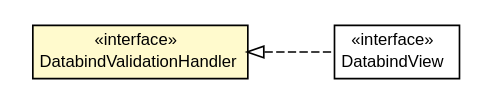
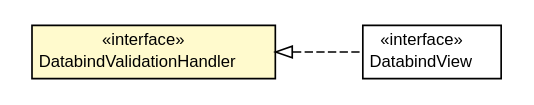
The diagram in javadoc/apidocs/org/turbogwt/mvp/databind/client/DatabindValidationHandler.dot (growbit/turbogwt-databind), drawn with Graphviz before and after one commit. The commit also changed 144 other files, not shown here.

```diff
--- a/javadoc/apidocs/org/turbogwt/mvp/databind/client/DatabindValidationHandler.dot
+++ b/javadoc/apidocs/org/turbogwt/mvp/databind/client/DatabindValidationHandler.dot
@@ -1,29 +1,29 @@
 #!/usr/local/bin/dot
 #
 # Class diagram 
 # Generated by UMLGraph version R5_6-24-gf6e263 (http://www.umlgraph.org/)
 #
 
 digraph G {
-	edge [fontname="arial",fontsize=10,labelfontname="arial",labelfontsize=10];
-	node [fontname="arial",fontsize=10,shape=plaintext];
+	edge [fontname="Helvetica",fontsize=10,labelfontname="Helvetica",labelfontsize=10];
+	node [fontname="Helvetica",fontsize=10,shape=plaintext];
 	nodesep=0.25;
 	ranksep=0.5;
 	rankdir=LR;
+	// org.turbogwt.mvp.databind.client.DatabindValidationHandler
+	c357 [label=<<table title="org.turbogwt.mvp.databind.client.DatabindValidationHandler" border="0" cellborder="1" cellspacing="0" cellpadding="2" port="p" bgcolor="lemonChiffon" href="./DatabindValidationHandler.html">
+		<tr><td><table border="0" cellspacing="0" cellpadding="1">
+<tr><td align="center" balign="center"> &#171;interface&#187; </td></tr>
+<tr><td align="center" balign="center"> DatabindValidationHandler </td></tr>
+		</table></td></tr>
+		</table>>, URL="./DatabindValidationHandler.html", fontname="Helvetica", fontcolor="black", fontsize=10.0];
 	// org.turbogwt.mvp.databind.client.DatabindView
-	c361 [label=<<table title="org.turbogwt.mvp.databind.client.DatabindView" border="0" cellborder="1" cellspacing="0" cellpadding="2" port="p" href="./DatabindView.html">
+	c360 [label=<<table title="org.turbogwt.mvp.databind.client.DatabindView" border="0" cellborder="1" cellspacing="0" cellpadding="2" port="p" href="./DatabindView.html">
 		<tr><td><table border="0" cellspacing="0" cellpadding="1">
 <tr><td align="center" balign="center"> &#171;interface&#187; </td></tr>
 <tr><td align="center" balign="center"> DatabindView </td></tr>
 		</table></td></tr>
-		</table>>, URL="./DatabindView.html", fontname="arial", fontcolor="black", fontsize=10.0];
-	// org.turbogwt.mvp.databind.client.DatabindValidationHandler
-	c362 [label=<<table title="org.turbogwt.mvp.databind.client.DatabindValidationHandler" border="0" cellborder="1" cellspacing="0" cellpadding="2" port="p" bgcolor="lemonChiffon" href="./DatabindValidationHandler.html">
-		<tr><td><table border="0" cellspacing="0" cellpadding="1">
-<tr><td align="center" balign="center"> &#171;interface&#187; </td></tr>
-<tr><td align="center" balign="center"> DatabindValidationHandler </td></tr>
-		</table></td></tr>
-		</table>>, URL="./DatabindValidationHandler.html", fontname="arial", fontcolor="black", fontsize=10.0];
+		</table>>, URL="./DatabindView.html", fontname="Helvetica", fontcolor="black", fontsize=10.0];
 	//org.turbogwt.mvp.databind.client.DatabindView implements org.turbogwt.mvp.databind.client.DatabindValidationHandler
-	c362:p -> c361:p [dir=back,arrowtail=empty,style=dashed];
+	c357:p -> c360:p [dir=back,arrowtail=empty,style=dashed];
 }
```
